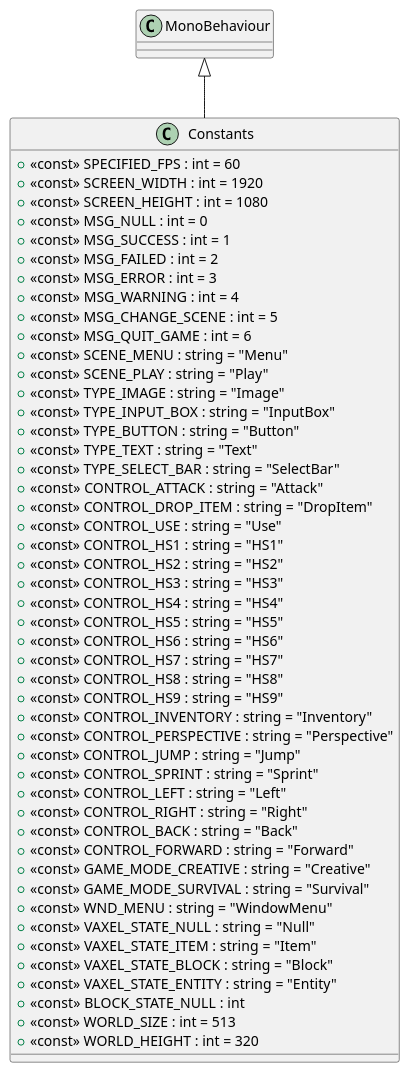
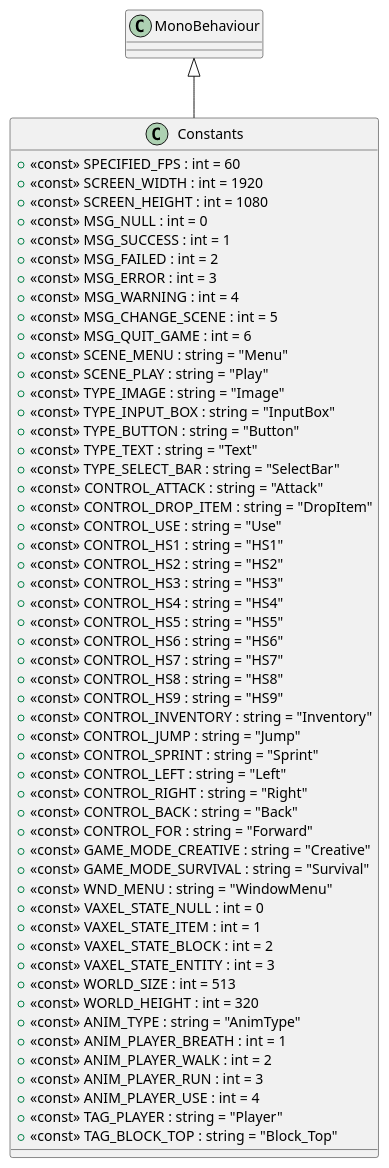
Before and after one commit to Tanso-mct/Unity-Minecraft: the diagram in plantuml/Scripts/System/Constants.puml, drawn with PlantUML. The commit also changed 9 other files, not shown here.

Commit message:
[update]クラス図の整理と作成。

```diff
--- a/plantuml/Scripts/System/Constants.puml
+++ b/plantuml/Scripts/System/Constants.puml
@@ -1,52 +1,57 @@
 @startuml
 class Constants {
     + <<const>> SPECIFIED_FPS : int = 60
     + <<const>> SCREEN_WIDTH : int = 1920
     + <<const>> SCREEN_HEIGHT : int = 1080
     + <<const>> MSG_NULL : int = 0
     + <<const>> MSG_SUCCESS : int = 1
     + <<const>> MSG_FAILED : int = 2
     + <<const>> MSG_ERROR : int = 3
     + <<const>> MSG_WARNING : int = 4
     + <<const>> MSG_CHANGE_SCENE : int = 5
     + <<const>> MSG_QUIT_GAME : int = 6
     + <<const>> SCENE_MENU : string = "Menu"
     + <<const>> SCENE_PLAY : string = "Play"
     + <<const>> TYPE_IMAGE : string = "Image"
     + <<const>> TYPE_INPUT_BOX : string = "InputBox"
     + <<const>> TYPE_BUTTON : string = "Button"
     + <<const>> TYPE_TEXT : string = "Text"
     + <<const>> TYPE_SELECT_BAR : string = "SelectBar"
     + <<const>> CONTROL_ATTACK : string = "Attack"
     + <<const>> CONTROL_DROP_ITEM : string = "DropItem"
     + <<const>> CONTROL_USE : string = "Use"
     + <<const>> CONTROL_HS1 : string = "HS1"
     + <<const>> CONTROL_HS2 : string = "HS2"
     + <<const>> CONTROL_HS3 : string = "HS3"
     + <<const>> CONTROL_HS4 : string = "HS4"
     + <<const>> CONTROL_HS5 : string = "HS5"
     + <<const>> CONTROL_HS6 : string = "HS6"
     + <<const>> CONTROL_HS7 : string = "HS7"
     + <<const>> CONTROL_HS8 : string = "HS8"
     + <<const>> CONTROL_HS9 : string = "HS9"
     + <<const>> CONTROL_INVENTORY : string = "Inventory"
-    + <<const>> CONTROL_PERSPECTIVE : string = "Perspective"
     + <<const>> CONTROL_JUMP : string = "Jump"
     + <<const>> CONTROL_SPRINT : string = "Sprint"
     + <<const>> CONTROL_LEFT : string = "Left"
     + <<const>> CONTROL_RIGHT : string = "Right"
     + <<const>> CONTROL_BACK : string = "Back"
-    + <<const>> CONTROL_FORWARD : string = "Forward"
+    + <<const>> CONTROL_FOR : string = "Forward"
     + <<const>> GAME_MODE_CREATIVE : string = "Creative"
     + <<const>> GAME_MODE_SURVIVAL : string = "Survival"
     + <<const>> WND_MENU : string = "WindowMenu"
-    + <<const>> VAXEL_STATE_NULL : string = "Null"
-    + <<const>> VAXEL_STATE_ITEM : string = "Item"
-    + <<const>> VAXEL_STATE_BLOCK : string = "Block"
-    + <<const>> VAXEL_STATE_ENTITY : string = "Entity"
-    + <<const>> BLOCK_STATE_NULL : int
+    + <<const>> VAXEL_STATE_NULL : int = 0
+    + <<const>> VAXEL_STATE_ITEM : int = 1
+    + <<const>> VAXEL_STATE_BLOCK : int = 2
+    + <<const>> VAXEL_STATE_ENTITY : int = 3
     + <<const>> WORLD_SIZE : int = 513
     + <<const>> WORLD_HEIGHT : int = 320
+    + <<const>> ANIM_TYPE : string = "AnimType"
+    + <<const>> ANIM_PLAYER_BREATH : int = 1
+    + <<const>> ANIM_PLAYER_WALK : int = 2
+    + <<const>> ANIM_PLAYER_RUN : int = 3
+    + <<const>> ANIM_PLAYER_USE : int = 4
+    + <<const>> TAG_PLAYER : string = "Player"
+    + <<const>> TAG_BLOCK_TOP : string = "Block_Top"
 }
 MonoBehaviour <|-- Constants
 @enduml
```
